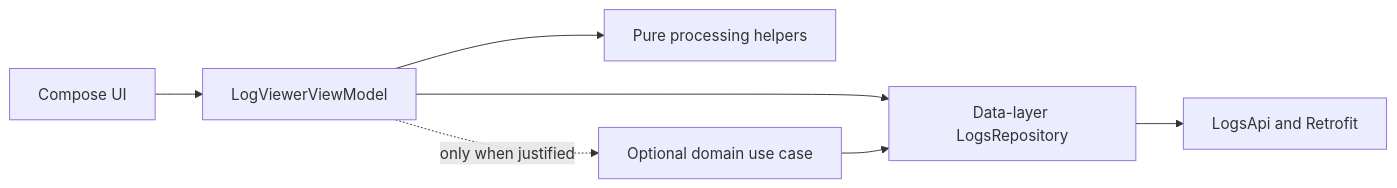
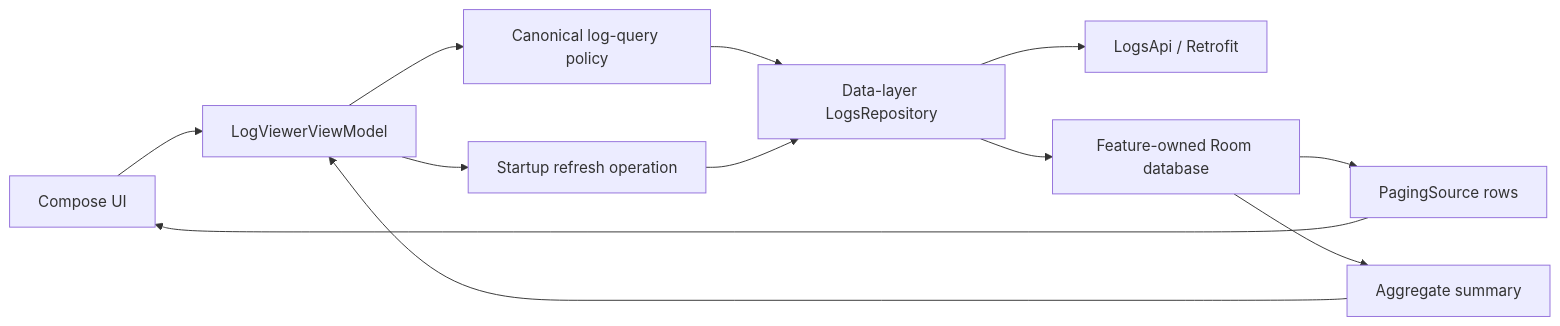
The first of 3 diagrams in documentation/ARCHITECTURE.md (JOkeryyyy/FGFChallenge), drawn with Mermaid before and after one commit. The commit also changed other lines of this file and 7 other files, not shown here.

````diff
--- a/documentation/ARCHITECTURE.md
+++ b/documentation/ARCHITECTURE.md
@@ -26,9 +28,14 @@
 ```mermaid
 flowchart LR
     UI["Compose UI"] --> VM["LogViewerViewModel"]
-    VM --> REPOSITORY["Data-layer LogsRepository"]
-    VM --> HELPERS["Pure processing helpers"]
-    REPOSITORY --> REMOTE["LogsApi and Retrofit"]
-    VM -. "only when justified" .-> DOMAIN["Optional domain use case"]
-    DOMAIN --> REPOSITORY
+    VM --> POLICY["Canonical log-query policy"]
+    VM --> REFRESH["Startup refresh operation"]
+    POLICY --> REPOSITORY["Data-layer LogsRepository"]
+    REFRESH --> REPOSITORY
+    REPOSITORY --> REMOTE["LogsApi / Retrofit"]
+    REPOSITORY --> ROOM["Feature-owned Room database"]
+    ROOM --> PAGE["PagingSource rows"]
+    ROOM --> SUMMARY["Aggregate summary"]
+    PAGE --> UI
+    SUMMARY --> VM
 ```
````
